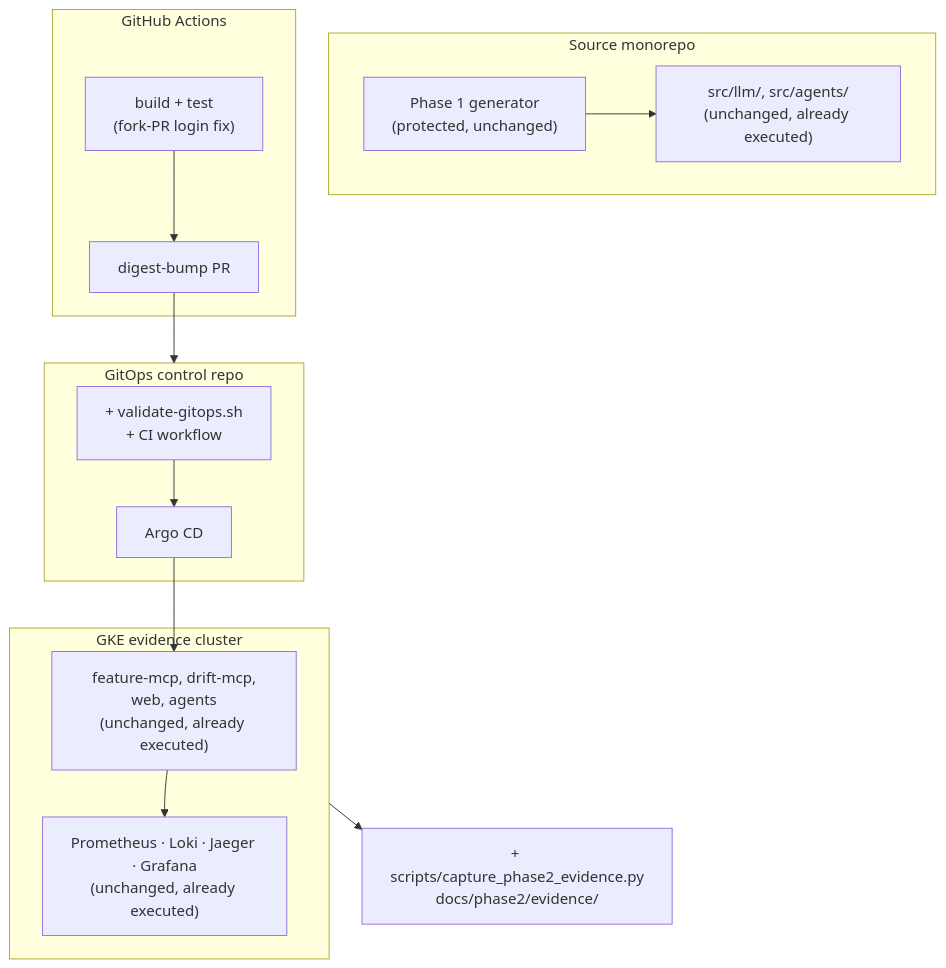
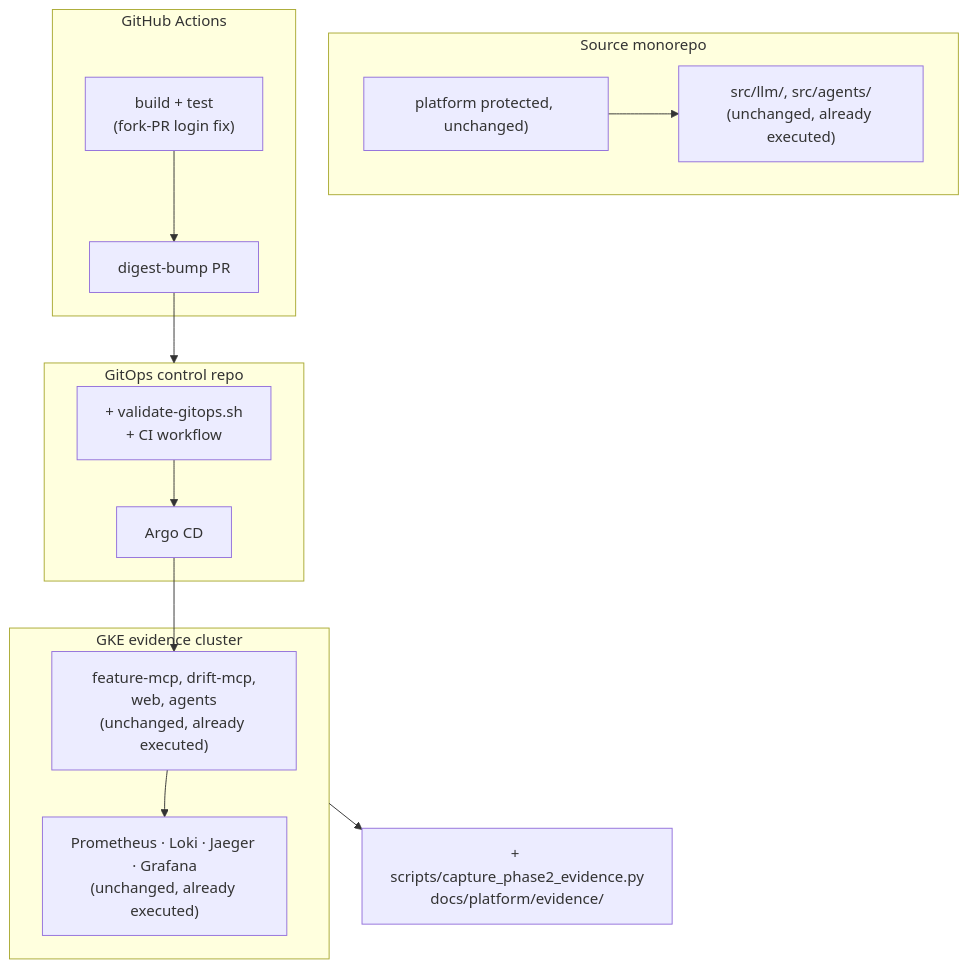
The diagram in plans/260813-1846-production-hardening-overlay/plan.md (emanhthangngot/Financial-Distress-Data), drawn with Mermaid before and after one commit. The commit also changed other lines of this file and 241 other files, not shown here.

First line of the commit message:
docs(plan): phase 1 — agent/README/CLAUDE rewrite + scripts/tests/configs Phase-token cleanup

````diff
--- a/plans/260813-1846-production-hardening-overlay/plan.md
+++ b/plans/260813-1846-production-hardening-overlay/plan.md
@@ -149,30 +149,30 @@
 ```mermaid
 flowchart TB
   subgraph SRC["Source monorepo"]
-    GEN["Phase 1 generator<br/>(protected, unchanged)"]
+    GEN["platform protected, unchanged)"]
     LLM["src/llm/, src/agents/<br/>(unchanged, already executed)"]
   end
 
   subgraph CI["GitHub Actions"]
     BUILD["build + test<br/>(fork-PR login fix)"]
     BUMP["digest-bump PR"]
     BUILD --> BUMP
   end
 
   subgraph GITOPS["GitOps control repo"]
     VAL["+ validate-gitops.sh<br/>+ CI workflow"]
     ARGO["Argo CD"]
     VAL --> ARGO
   end
 
   subgraph CLUSTER["GKE evidence cluster"]
     APIS["feature-mcp, drift-mcp,<br/>web, agents<br/>(unchanged, already executed)"]
     OBS["Prometheus · Loki · Jaeger · Grafana<br/>(unchanged, already executed)"]
   end
 
   GEN --> LLM
   BUMP --> GITOPS
   ARGO --> APIS
   APIS --> OBS
-  CLUSTER --> EV["+ scripts/capture_phase2_evidence.py<br/>docs/phase2/evidence/"]
+  CLUSTER --> EV["+ scripts/capture_phase2_evidence.py<br/>docs/platform/evidence/"]
 ```
````
